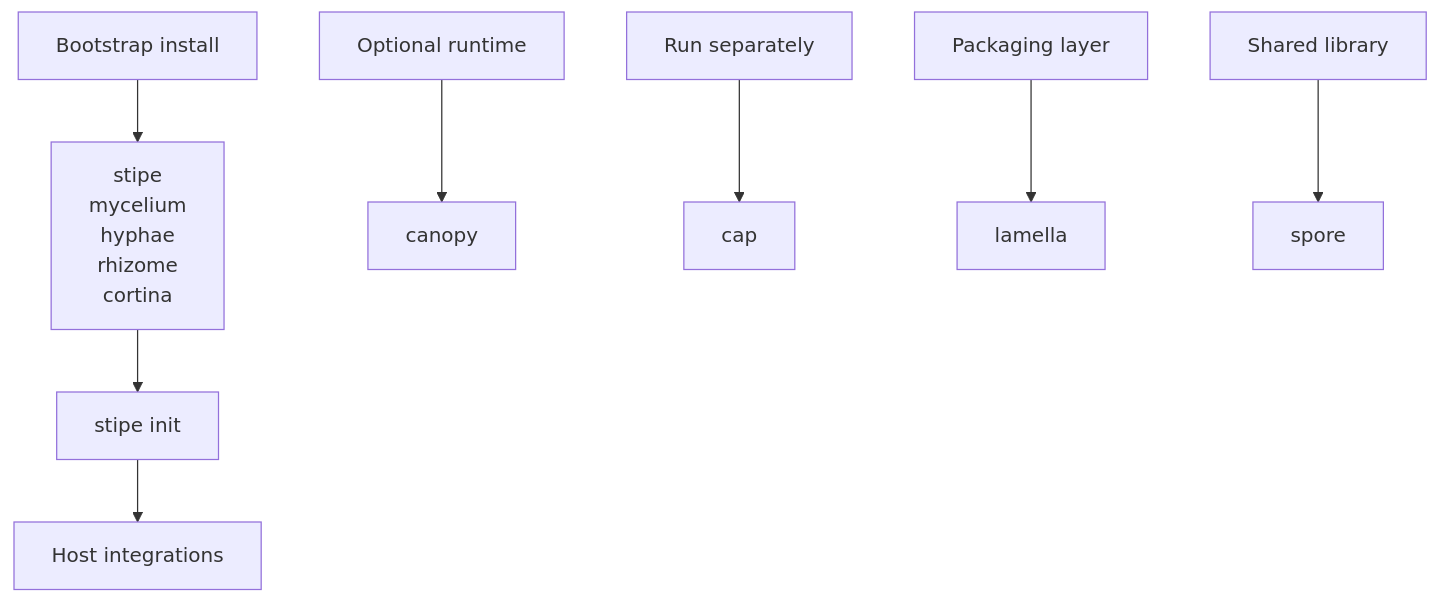
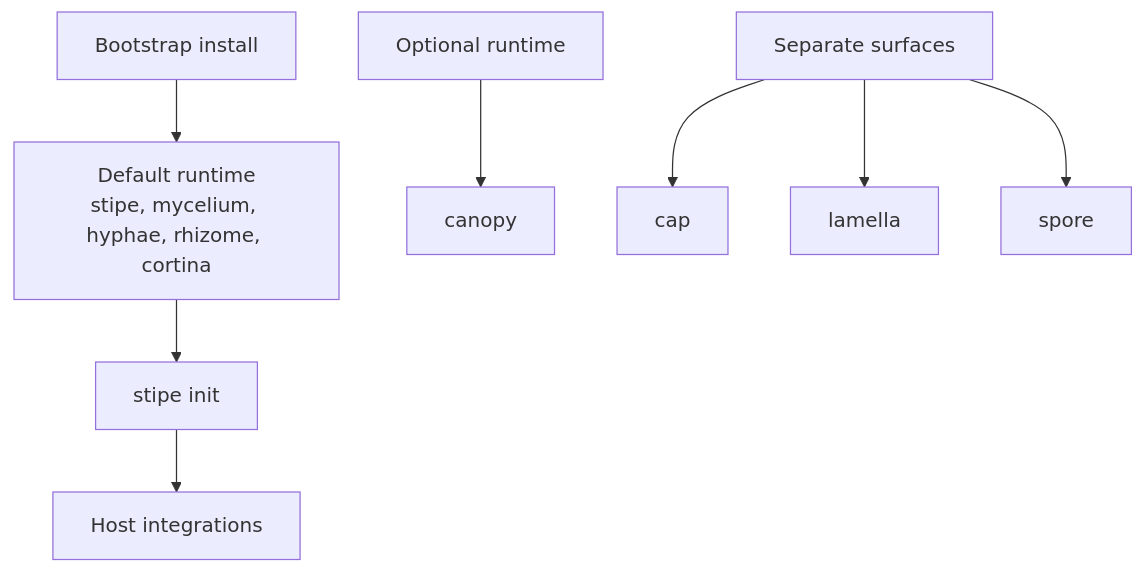
One commit to basidiocarp/.github changed the second of 4 diagrams in profile/README.md. Above: the diagram before and after it, drawn with Mermaid. The commit also changed other lines of this file and 1 other file, not shown here.

Commit message:
docs: simplify basidiocarp diagrams

````diff
--- a/profile/README.md
+++ b/profile/README.md
@@ -120,10 +119,11 @@
 ```mermaid
 flowchart TD
-    Bootstrap["Bootstrap install"] --> Default["stipe\nmycelium\nhyphae\nrhizome\ncortina"]
+    Bootstrap["Bootstrap install"] --> Default["Default runtime\nstipe, mycelium, hyphae, rhizome, cortina"]
     Default --> Init["stipe init"]
     Init --> Hosts["Host integrations"]
+
     Optional["Optional runtime"] --> Canopy["canopy"]
-    Source["Run separately"] --> Cap["cap"]
-    Packaging["Packaging layer"] --> Lamella["lamella"]
-    Shared["Shared library"] --> Spore["spore"]
+    Separate["Separate surfaces"] --> Cap["cap"]
+    Separate --> Lamella["lamella"]
+    Separate --> Spore["spore"]
 ```
````
